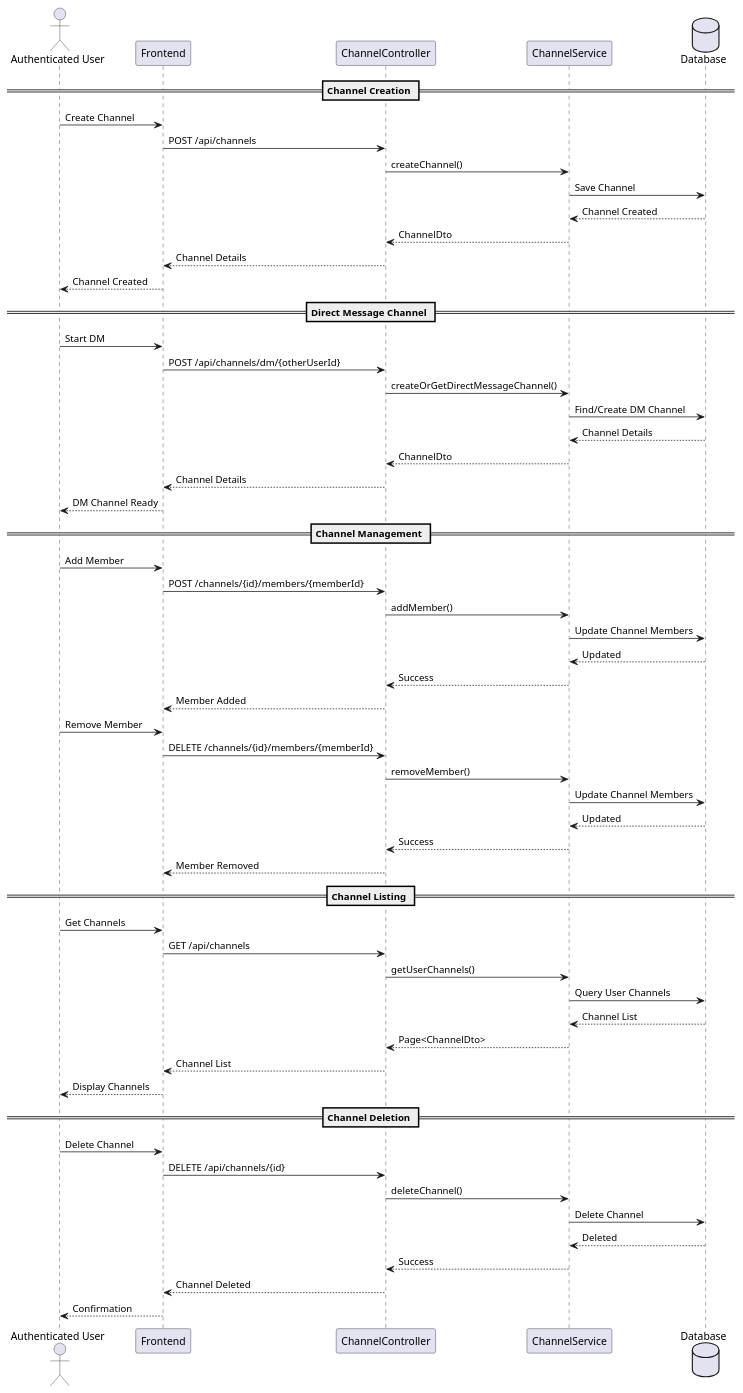
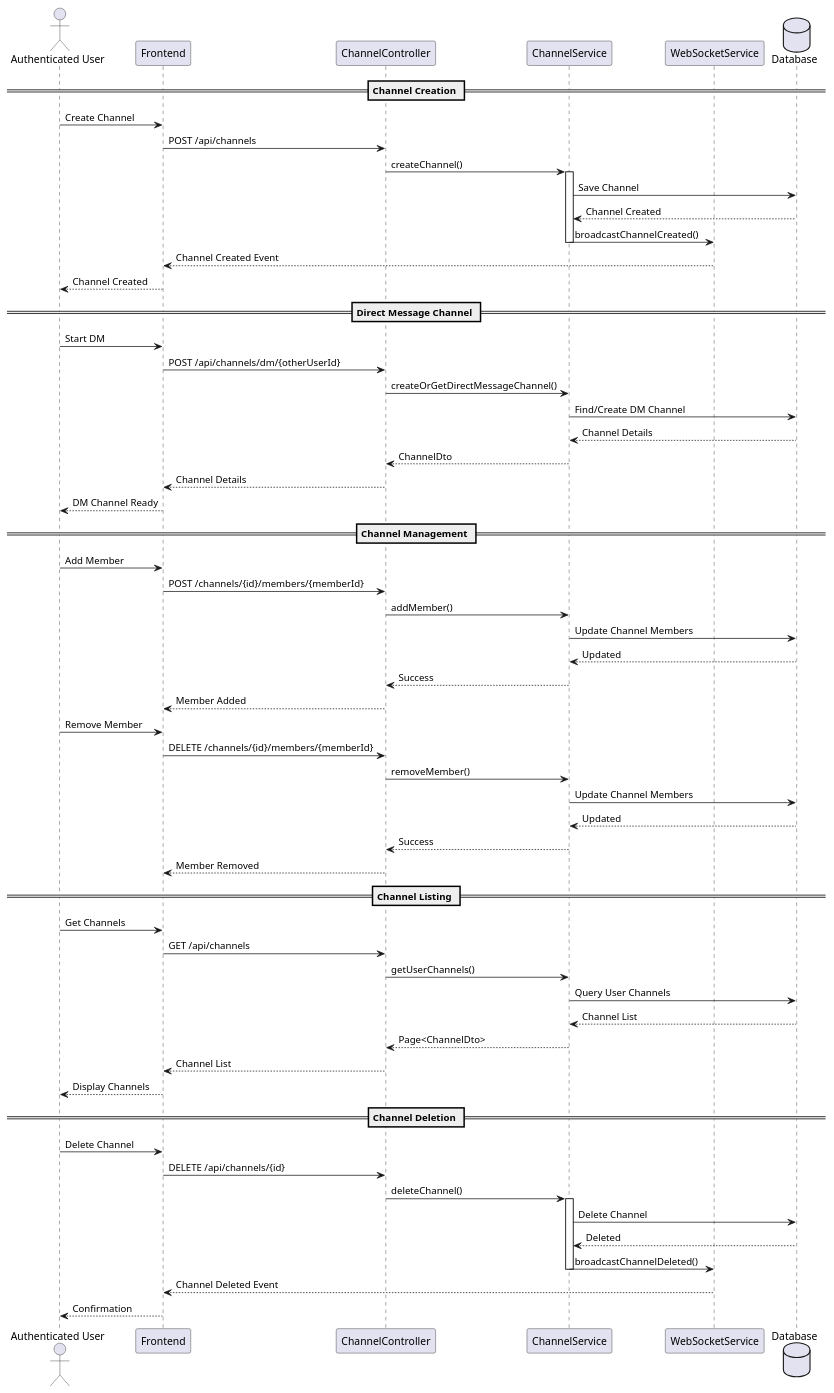
One commit to agus-biondi/chatgenius changed the diagram in documentation/channel_management.puml. Above: the diagram before and after it, drawn with PlantUML. The commit also changed 39 other files, not shown here.

```diff
--- a/documentation/channel_management.puml
+++ b/documentation/channel_management.puml
@@ -1,69 +1,74 @@
 @startuml Channel Management
 
 skinparam backgroundColor white
 skinparam handwritten false
 
 actor "Authenticated User" as User
 participant "Frontend" as FE
 participant "ChannelController" as CC
 participant "ChannelService" as CS
+participant "WebSocketService" as WS
 database "Database" as DB
 
 == Channel Creation ==
 User -> FE: Create Channel
 FE -> CC: POST /api/channels
 CC -> CS: createChannel()
+activate CS
 CS -> DB: Save Channel
 DB --> CS: Channel Created
-CS --> CC: ChannelDto
-CC --> FE: Channel Details
+CS -> WS: broadcastChannelCreated()
+deactivate CS
+WS --> FE: Channel Created Event
 FE --> User: Channel Created
 
 == Direct Message Channel ==
 User -> FE: Start DM
 FE -> CC: POST /api/channels/dm/{otherUserId}
 CC -> CS: createOrGetDirectMessageChannel()
 CS -> DB: Find/Create DM Channel
 DB --> CS: Channel Details
 CS --> CC: ChannelDto
 CC --> FE: Channel Details
 FE --> User: DM Channel Ready
 
 == Channel Management ==
 User -> FE: Add Member
 FE -> CC: POST /channels/{id}/members/{memberId}
 CC -> CS: addMember()
 CS -> DB: Update Channel Members
 DB --> CS: Updated
 CS --> CC: Success
 CC --> FE: Member Added
 
 User -> FE: Remove Member
 FE -> CC: DELETE /channels/{id}/members/{memberId}
 CC -> CS: removeMember()
 CS -> DB: Update Channel Members
 DB --> CS: Updated
 CS --> CC: Success
 CC --> FE: Member Removed
 
 == Channel Listing ==
 User -> FE: Get Channels
 FE -> CC: GET /api/channels
 CC -> CS: getUserChannels()
 CS -> DB: Query User Channels
 DB --> CS: Channel List
 CS --> CC: Page<ChannelDto>
 CC --> FE: Channel List
 FE --> User: Display Channels
 
 == Channel Deletion ==
 User -> FE: Delete Channel
 FE -> CC: DELETE /api/channels/{id}
 CC -> CS: deleteChannel()
+activate CS
 CS -> DB: Delete Channel
 DB --> CS: Deleted
-CS --> CC: Success
-CC --> FE: Channel Deleted
+CS -> WS: broadcastChannelDeleted()
+deactivate CS
+WS --> FE: Channel Deleted Event
 FE --> User: Confirmation
 
 @enduml 
```
